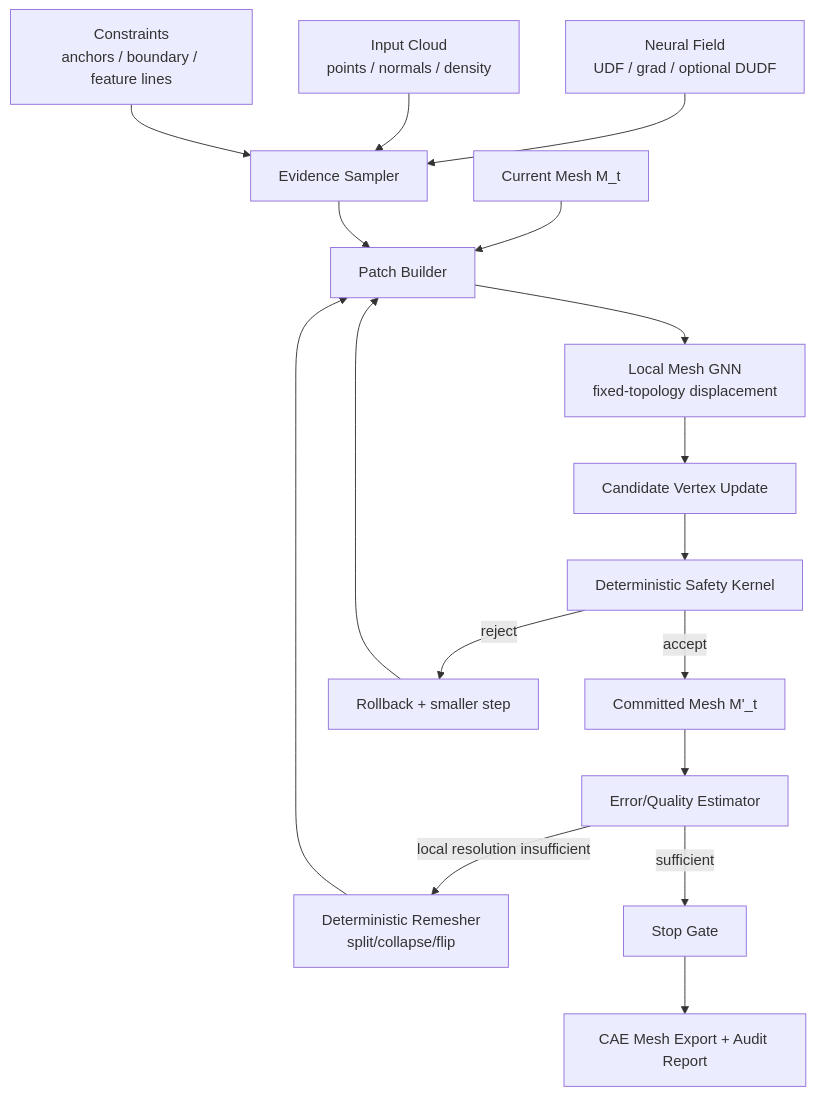
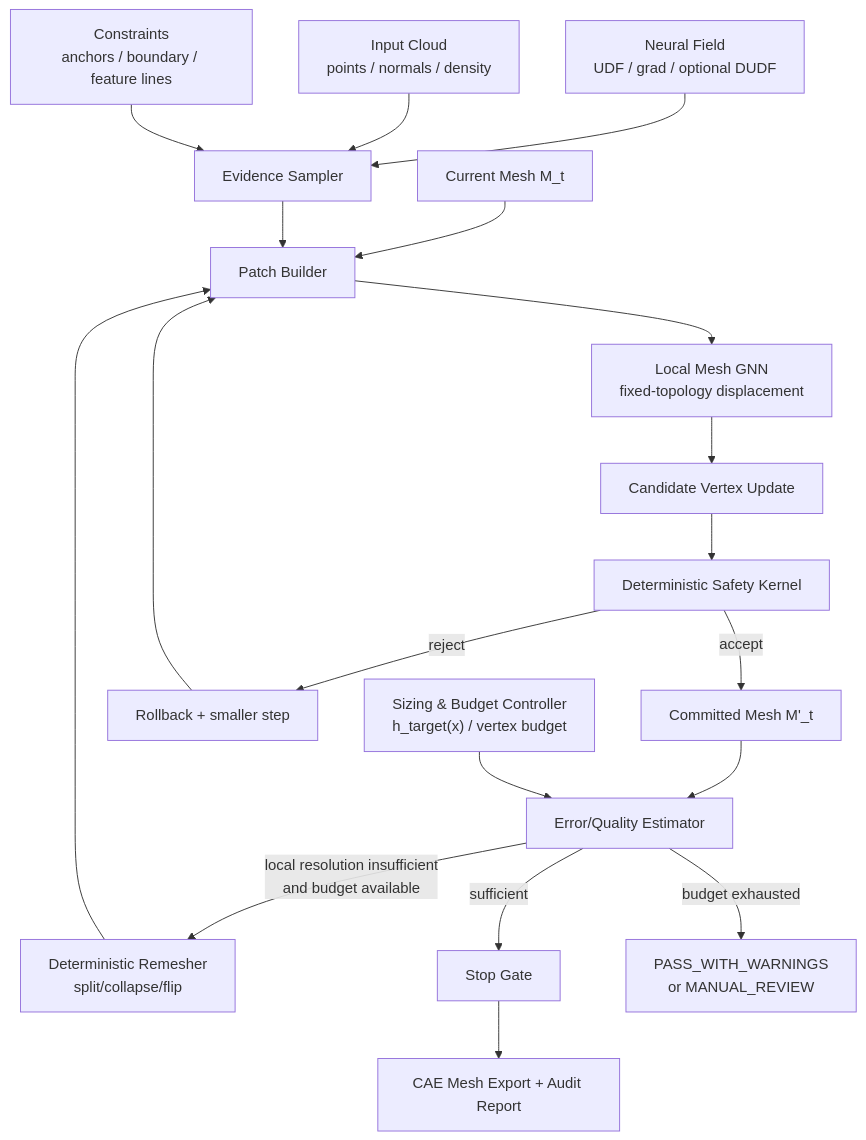
One commit to hidehikofukaya/AutoMetalSheet changed the first of 2 diagrams in archi.md. Above: the diagram before and after it, drawn with Mermaid. The commit also changed other lines of this file and 1 other file, not shown here.

Commit message:
docs: add bounded adaptive mesh refinement architecture

````diff
--- a/archi.md
+++ b/archi.md
@@ -144,22 +145,24 @@
 ```mermaid
 flowchart TD
     A["Neural Field<br/>UDF / grad / optional DUDF"] --> E["Evidence Sampler"]
     B["Input Cloud<br/>points / normals / density"] --> E
     C["Constraints<br/>anchors / boundary / feature lines"] --> E
     D["Current Mesh M_t"] --> F["Patch Builder"]
     E --> F
 
     F --> G["Local Mesh GNN<br/>fixed-topology displacement"]
     G --> H["Candidate Vertex Update"]
     H --> I["Deterministic Safety Kernel"]
 
     I -->|accept| J["Committed Mesh M'_t"]
     I -->|reject| K["Rollback + smaller step"]
 
     J --> L["Error/Quality Estimator"]
-    L -->|local resolution insufficient| M["Deterministic Remesher<br/>split/collapse/flip"]
+    P["Sizing & Budget Controller<br/>h_target(x) / vertex budget"] --> L
+    L -->|local resolution insufficient<br/>and budget available| M["Deterministic Remesher<br/>split/collapse/flip"]
     L -->|sufficient| N["Stop Gate"]
+    L -->|budget exhausted| Q["PASS_WITH_WARNINGS<br/>or MANUAL_REVIEW"]
     M --> F
     K --> F
     N --> O["CAE Mesh Export + Audit Report"]
 ```
````
